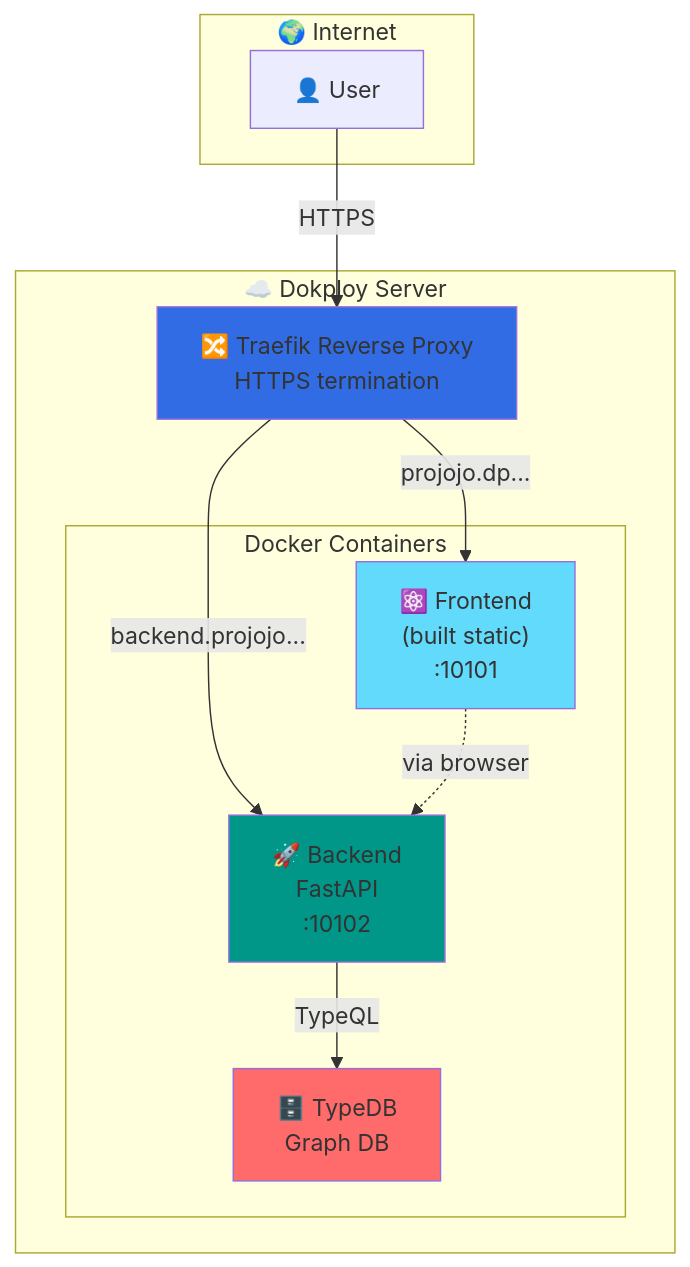
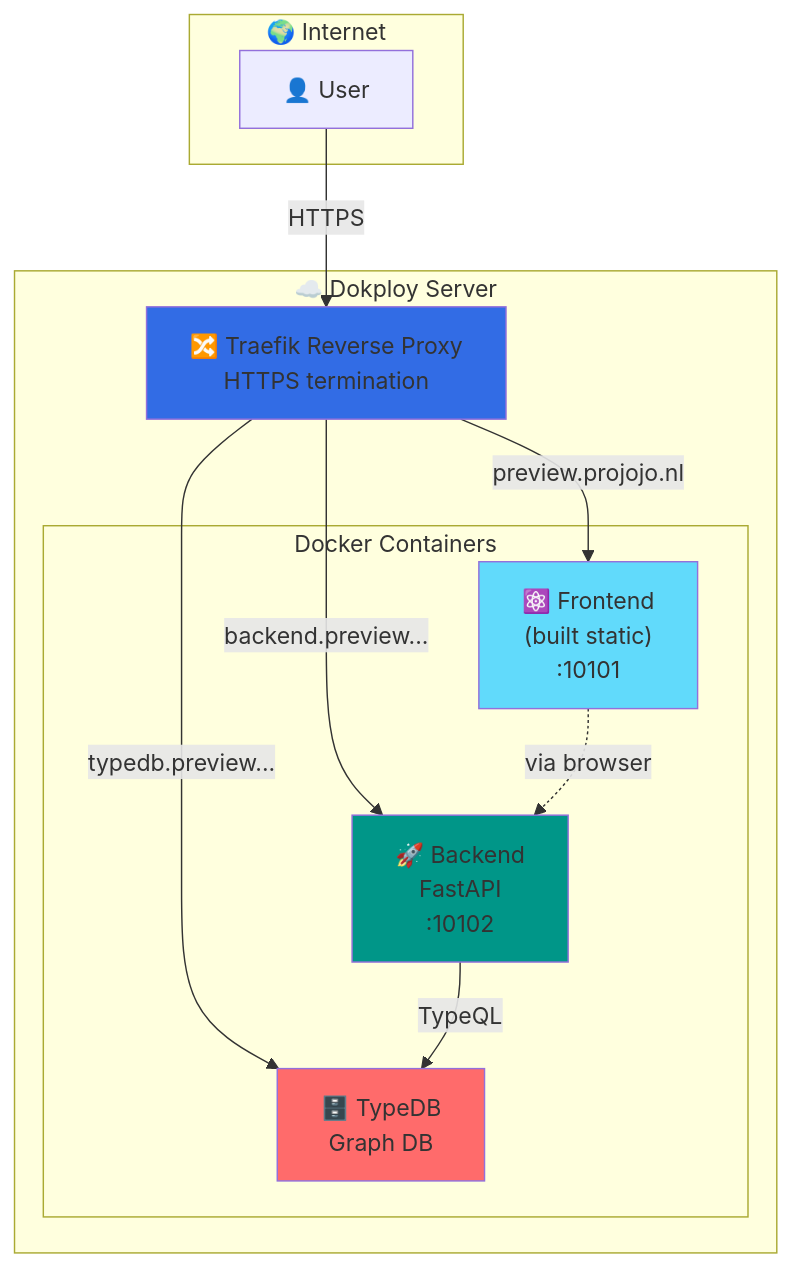
Before and after one commit to HAN-AIM-CMD-WG/Projojo: the second of 5 diagrams in docs/DEPLOYMENT_INFRASTRUCTURE.md, drawn with Mermaid. The commit also changed other lines of this file and 11 other files, not shown here.

````diff
--- a/docs/DEPLOYMENT_INFRASTRUCTURE.md
+++ b/docs/DEPLOYMENT_INFRASTRUCTURE.md
@@ -56,27 +56,28 @@
 ```mermaid
 graph TB
     subgraph Internet["🌍 Internet"]
         User["👤 User"]
     end
     
     subgraph Dokploy["☁️ Dokploy Server"]
         Traefik["🔀 Traefik Reverse Proxy<br/>HTTPS termination"]
         
         subgraph Containers["Docker Containers"]
             Frontend["⚛️ Frontend<br/>(built static)<br/>:10101"]
             Backend["🚀 Backend<br/>FastAPI<br/>:10102"]
             TypeDB["🗄️ TypeDB<br/>Graph DB"]
         end
     end
     
     User -->|"HTTPS"| Traefik
-    Traefik -->|"projojo.dp..."| Frontend
-    Traefik -->|"backend.projojo..."| Backend
+    Traefik -->|"preview.projojo.nl"| Frontend
+    Traefik -->|"backend.preview..."| Backend
+    Traefik -->|"typedb.preview..."| TypeDB
     Frontend -.->|"via browser"| Backend
     Backend -->|"TypeQL"| TypeDB
     
     style Traefik fill:#326ce5
     style Frontend fill:#61dafb
     style Backend fill:#009688
     style TypeDB fill:#ff6b6b
 ```
````
